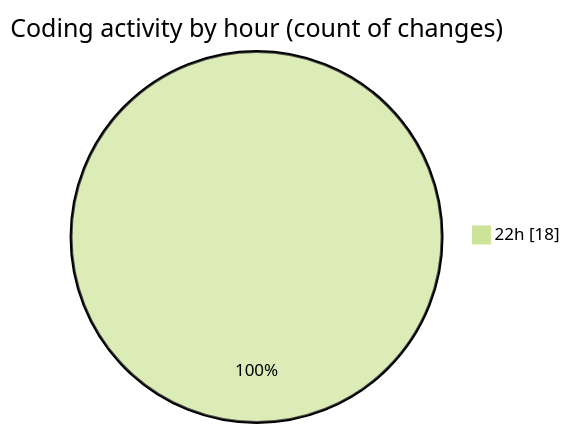
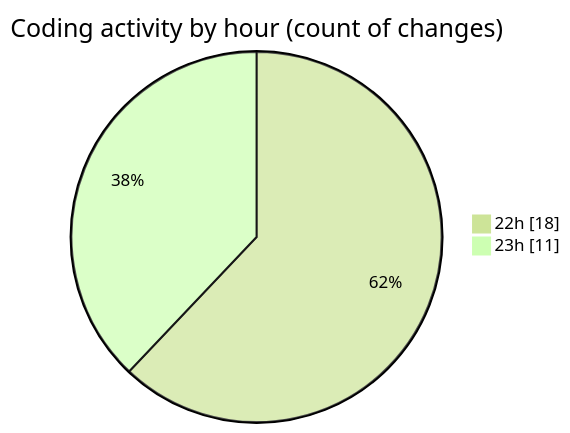
Before and after one commit to charlie-sans/code-tracking: the second of 2 diagrams in 2025-02-18/masm/README.md, drawn with Mermaid (forest theme). The commit also changed other lines of this file and 1 other file, not shown here.

````diff
--- a/2025-02-18/masm/README.md
+++ b/2025-02-18/masm/README.md
@@ -33,5 +34,6 @@
 ```mermaid
 pie showData
 title Coding activity by hour (count of changes)
 "22h" : 18
+"23h" : 11
 ```
````
